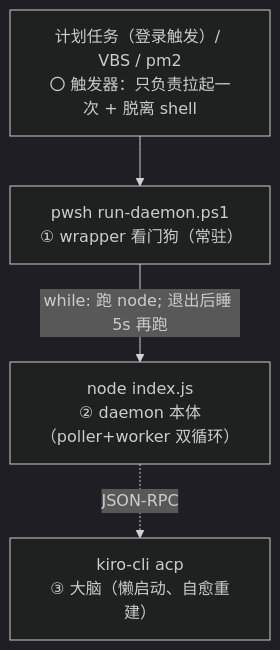
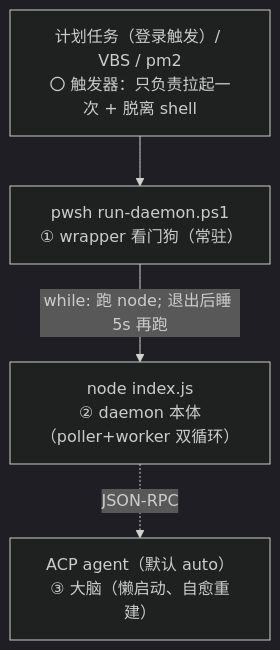
One commit to imwangpan/WeMind changed the diagram in docs/repowiki/10-部署与运维.md. Above: the diagram before and after it, drawn with Mermaid (dark theme). The commit also changed other lines of this file and 32 other files, not shown here.

````diff
--- a/docs/repowiki/10-部署与运维.md
+++ b/docs/repowiki/10-部署与运维.md
@@ -13,10 +15,10 @@
 ```mermaid
 graph TD
     T["计划任务（登录触发）/ VBS / pm2<br/>〇 触发器：只负责拉起一次 + 脱离 shell"]
     W["pwsh run-daemon.ps1<br/>① wrapper 看门狗（常驻）"]
     N["node index.js<br/>② daemon 本体（poller+worker 双循环）"]
-    B["kiro-cli acp<br/>③ 大脑（懒启动、自愈重建）"]
+    B["ACP agent（默认 auto）<br/>③ 大脑（懒启动、自愈重建）"]
     T --> W
     W -->|"while: 跑 node; 退出后睡 5s 再跑"| N
     N -.JSON-RPC.-> B
 ```
````
